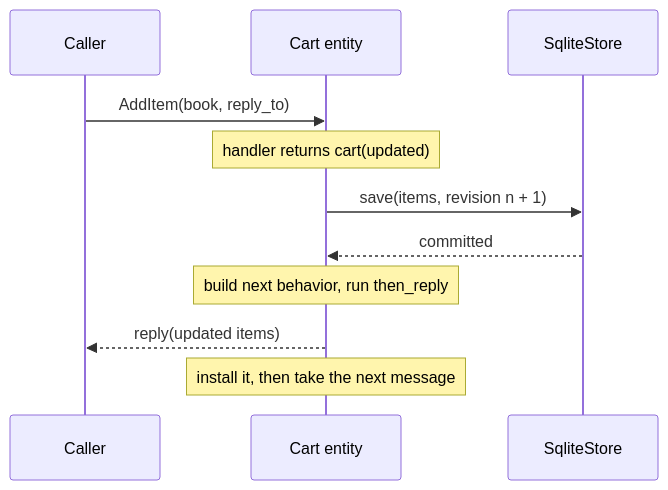
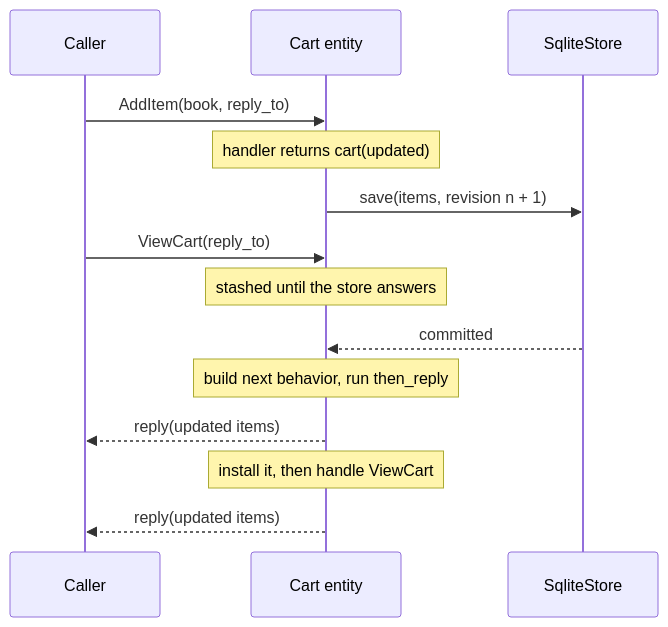
One commit to hanishi/ohra changed the first of 2 diagrams in docs/book/03-persistence.md. Above: the diagram before and after it, drawn with Mermaid. The commit also changed other lines of this file and 6 other files, not shown here.

````diff
--- a/docs/book/03-persistence.md
+++ b/docs/book/03-persistence.md
@@ -87,13 +87,16 @@
 ```mermaid
 sequenceDiagram
   participant Caller
   participant Cart as Cart entity
   participant Store as SqliteStore
   Caller->>Cart: AddItem(book, reply_to)
   Note over Cart: handler returns cart(updated)
   Cart->>Store: save(items, revision n + 1)
+  Caller->>Cart: ViewCart(reply_to)
+  Note over Cart: stashed until the store answers
   Store-->>Cart: committed
   Note over Cart: build next behavior, run then_reply
   Cart-->>Caller: reply(updated items)
-  Note over Cart: install it, then take the next message
+  Note over Cart: install it, then handle ViewCart
+  Cart-->>Caller: reply(updated items)
 ```
````
